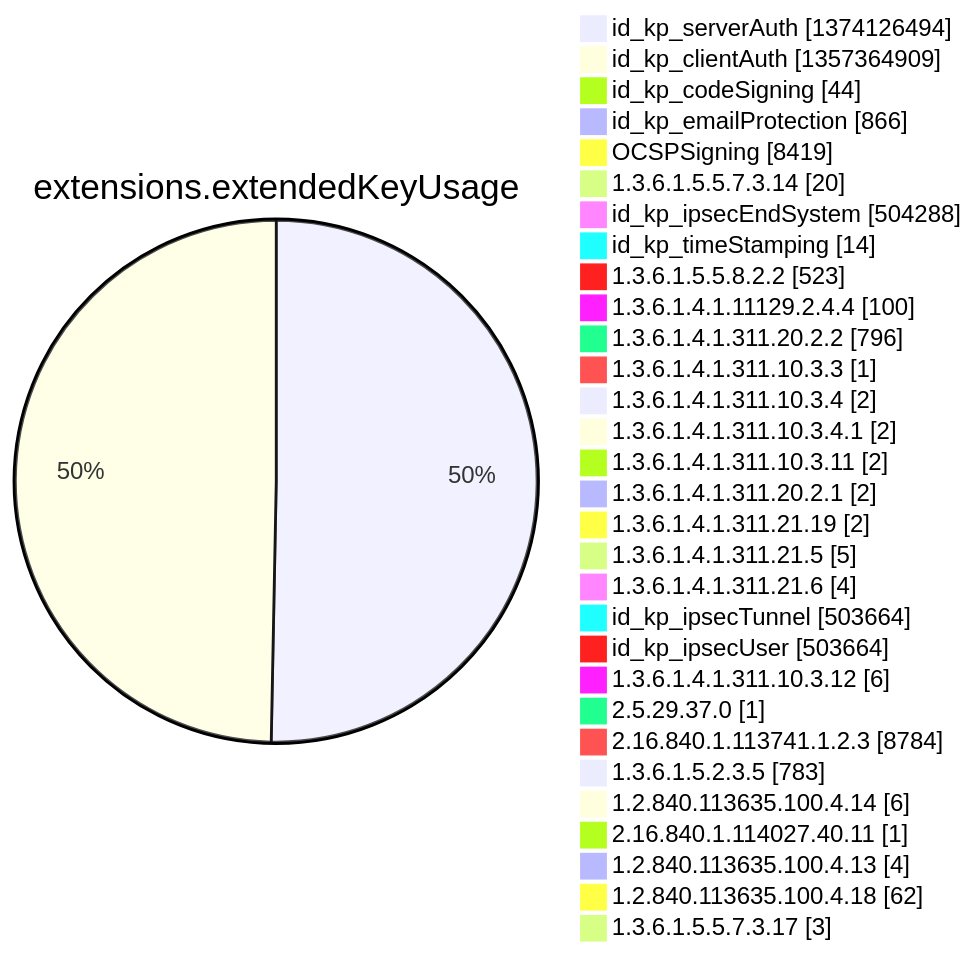
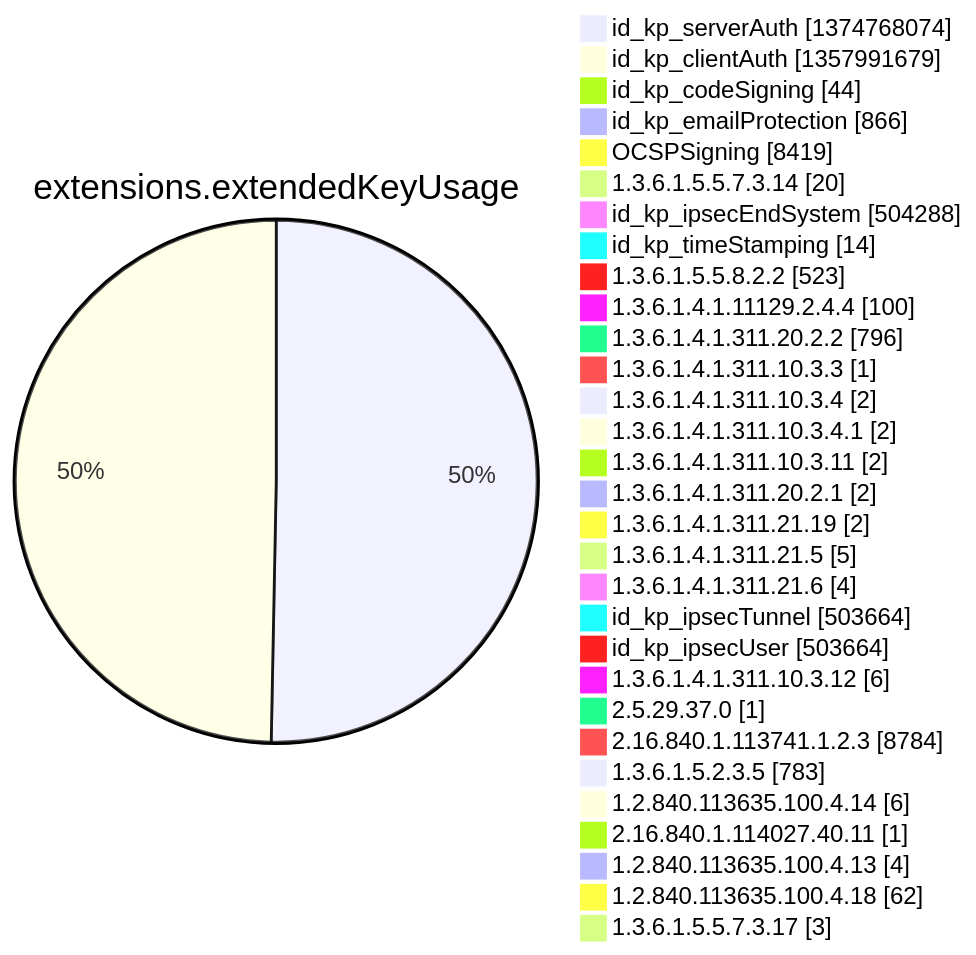
Before and after one commit to christiankrug/ctmonitor_visualization: diagram 12 of 15 in argon2022/README.md, drawn with Mermaid. The commit also changed other lines of this file, not shown here.

````diff
--- a/argon2022/README.md
+++ b/argon2022/README.md
@@ -3553,34 +3553,34 @@
 ```mermaid
 pie showData
 title extensions.extendedKeyUsage
-"id_kp_serverAuth" :1374126494
-"id_kp_clientAuth" :1357364909
+"id_kp_serverAuth" :1374768074
+"id_kp_clientAuth" :1357991679
 "id_kp_codeSigning" :44
 "id_kp_emailProtection" :866
 "OCSPSigning" :8419
 "1.3.6.1.5.5.7.3.14" :20
 "id_kp_ipsecEndSystem" :504288
 "id_kp_timeStamping" :14
 "1.3.6.1.5.5.8.2.2" :523
 "1.3.6.1.4.1.11129.2.4.4" :100
 "1.3.6.1.4.1.311.20.2.2" :796
 "1.3.6.1.4.1.311.10.3.3" :1
 "1.3.6.1.4.1.311.10.3.4" :2
 "1.3.6.1.4.1.311.10.3.4.1" :2
 "1.3.6.1.4.1.311.10.3.11" :2
 "1.3.6.1.4.1.311.20.2.1" :2
 "1.3.6.1.4.1.311.21.19" :2
 "1.3.6.1.4.1.311.21.5" :5
 "1.3.6.1.4.1.311.21.6" :4
 "id_kp_ipsecTunnel" :503664
 "id_kp_ipsecUser" :503664
 "1.3.6.1.4.1.311.10.3.12" :6
 "2.5.29.37.0" :1
 "2.16.840.1.113741.1.2.3" :8784
 "1.3.6.1.5.2.3.5" :783
 "1.2.840.113635.100.4.14" :6
 "2.16.840.1.114027.40.11" :1
 "1.2.840.113635.100.4.13" :4
 "1.2.840.113635.100.4.18" :62
 "1.3.6.1.5.5.7.3.17" :3
 ```
````
